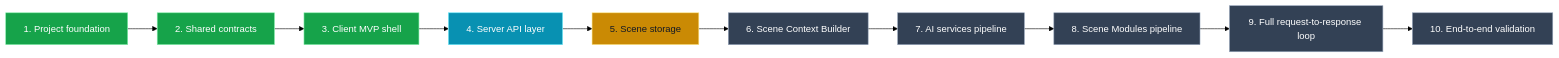
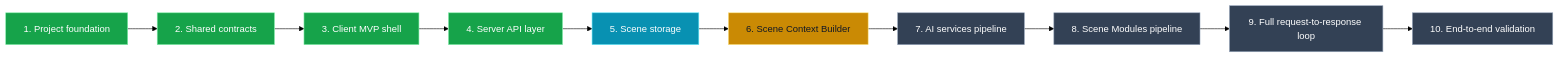
Before and after one commit to AgentDan/AIproject: the second of 2 diagrams in readme.md, drawn with Mermaid (forest theme). The commit also changed other lines of this file and 3 other files, not shown here.

````diff
--- a/readme.md
+++ b/readme.md
@@ -404,28 +418,28 @@
 ```mermaid
 flowchart LR
   S1["1. Project foundation"] --> S2["2. Shared contracts"]
   S2 --> S3["3. Client MVP shell"]
   S3 --> S4["4. Server API layer"]
   S4 --> S5["5. Scene storage"]
   S5 --> S6["6. Scene Context Builder"]
   S6 --> S7["7. AI services pipeline"]
   S7 --> S8["8. Scene Modules pipeline"]
   S8 --> S9["9. Full request-to-response loop"]
   S9 --> S10["10. End-to-end validation"]
 
   S1:::done
   S2:::done
   S3:::done
-  S4:::current
-  S5:::next
-  S6:::pending
+  S4:::done
+  S5:::current
+  S6:::next
   S7:::pending
   S8:::pending
   S9:::pending
   S10:::pending
 
   classDef done fill:#16a34a,stroke:#86efac,color:#ffffff
   classDef current fill:#0891b2,stroke:#67e8f9,color:#ffffff
   classDef next fill:#ca8a04,stroke:#fde68a,color:#111827
   classDef pending fill:#334155,stroke:#94a3b8,color:#ffffff
 ```
````
